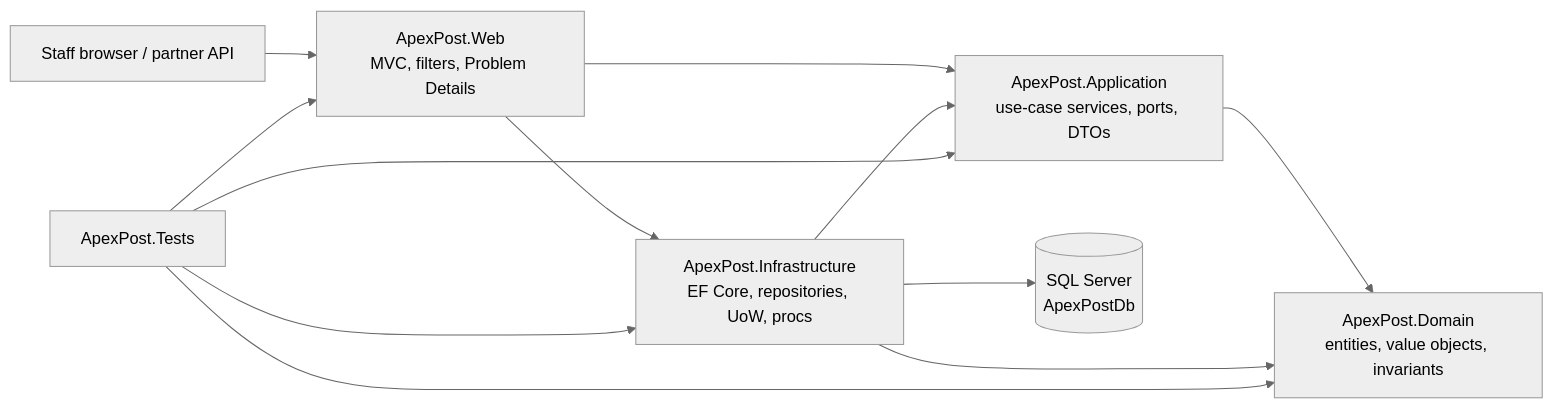
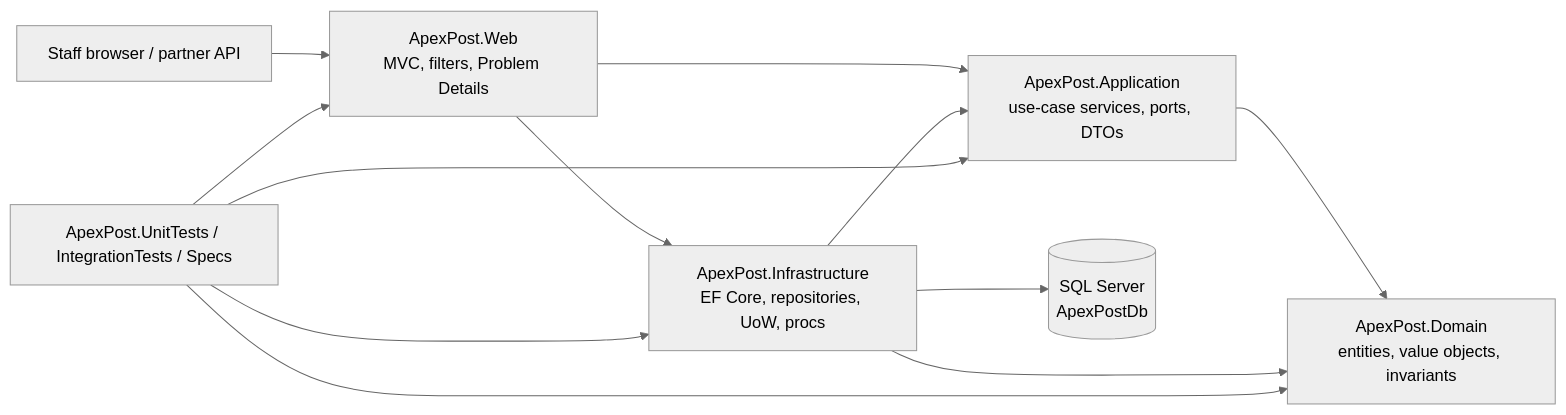
One commit to joshishubh03/ApexPost-Project changed the first of 3 diagrams in DESIGN.md. Above: the diagram before and after it, drawn with Mermaid (neutral theme). The commit also changed 106 other files, not shown here.

Commit message:
test: split into UnitTests and IntegrationTests; Moq, HTTP handler and validation tests

````diff
--- a/DESIGN.md
+++ b/DESIGN.md
@@ -9,11 +9,11 @@
 ```mermaid
 flowchart LR
     Browser[Staff browser / partner API] --> Web[ApexPost.Web<br/>MVC, filters, Problem Details]
     Web --> App[ApexPost.Application<br/>use-case services, ports, DTOs]
     App --> Domain[ApexPost.Domain<br/>entities, value objects, invariants]
     Infra[ApexPost.Infrastructure<br/>EF Core, repositories, UoW, procs] --> App
     Infra --> Domain
     Web --> Infra
     Infra --> Sql[(SQL Server<br/>ApexPostDb)]
-    Tests[ApexPost.Tests] --> Web & App & Domain & Infra
+    Tests[ApexPost.UnitTests / IntegrationTests / Specs] --> Web & App & Domain & Infra
 ```
````
